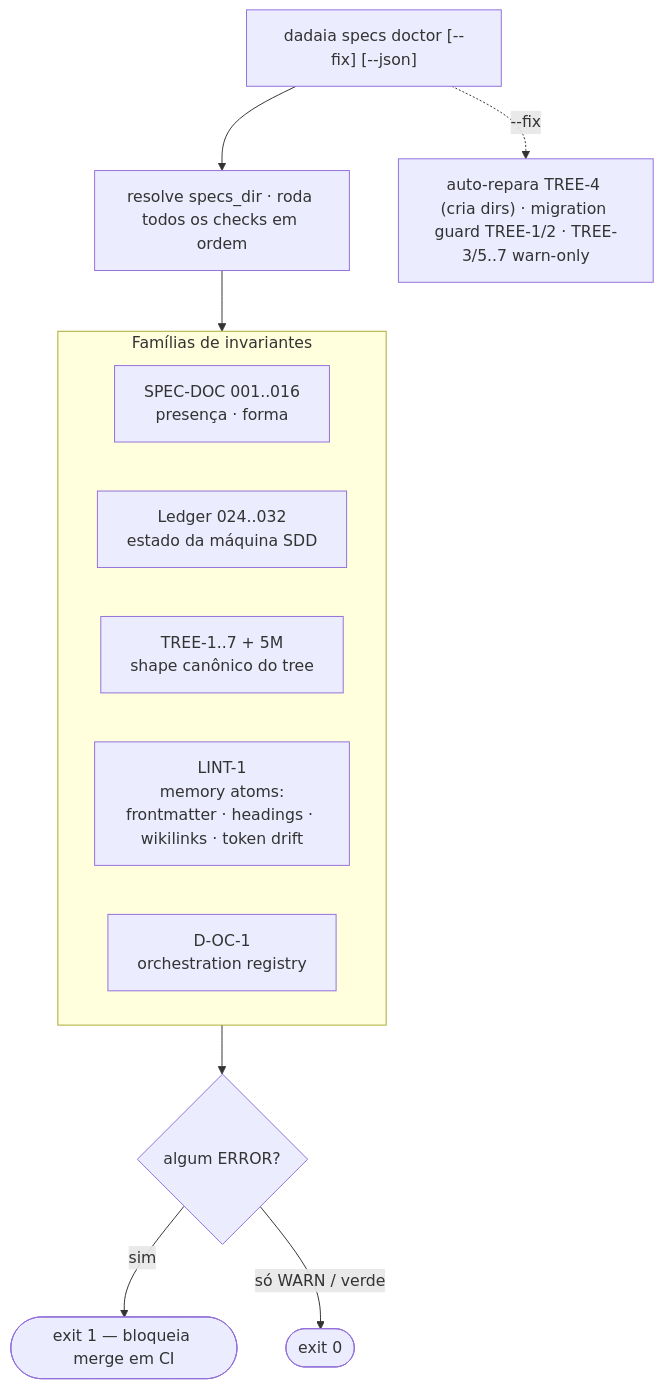
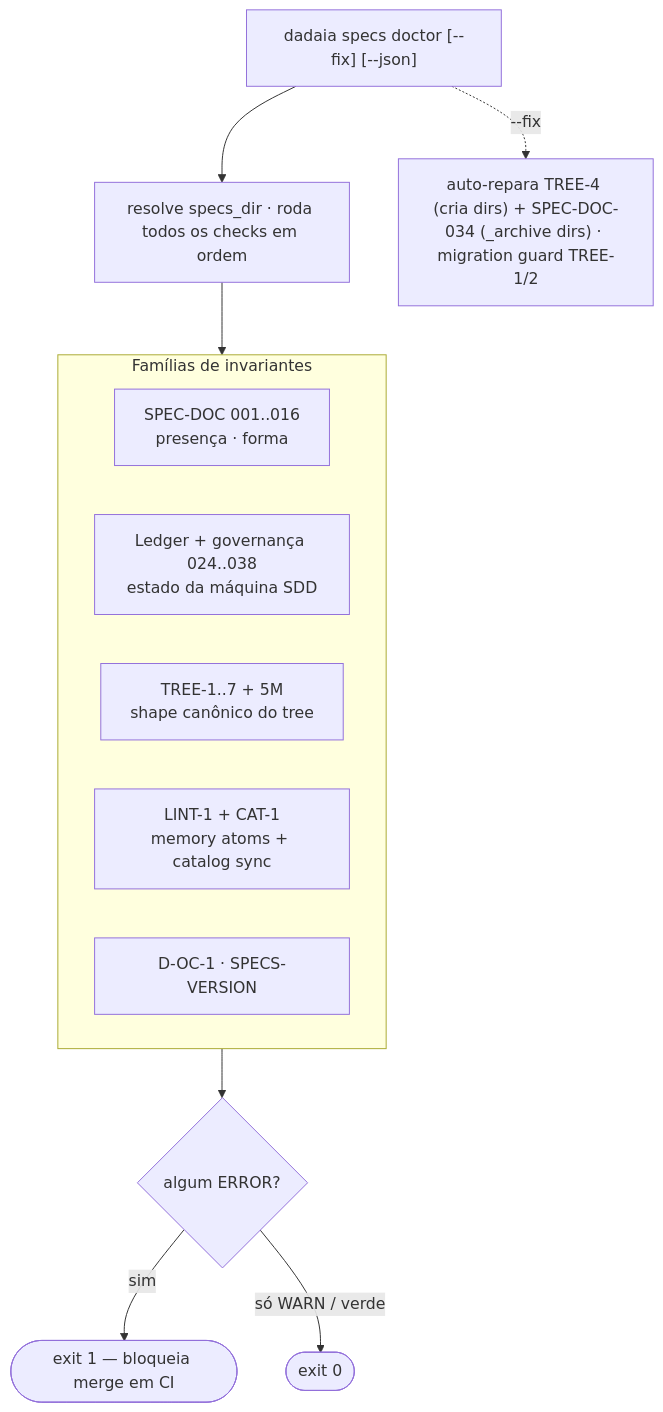
Before and after one commit to marcoaureliomenezes/dadaia-workspace: the diagram in specs/memory/product/sdd/specs-doctor.md, drawn with Mermaid. The commit also changed other lines of this file and 29 other files, not shown here.

````diff
--- a/specs/memory/product/sdd/specs-doctor.md
+++ b/specs/memory/product/sdd/specs-doctor.md
@@ -39,17 +39,17 @@
 ```mermaid
 flowchart TB
     CMD["dadaia specs doctor [--fix] [--json]"] --> RUN["resolve specs_dir · roda todos os checks em ordem"]
     RUN --> FAM
     subgraph FAM["Famílias de invariantes"]
         direction LR
         A["SPEC-DOC 001..016<br/>presença · forma"]
-        B["Ledger 024..032<br/>estado da máquina SDD"]
+        B["Ledger + governança 024..038<br/>estado da máquina SDD"]
         C["TREE-1..7 + 5M<br/>shape canônico do tree"]
-        D["LINT-1<br/>memory atoms:<br/>frontmatter · headings · wikilinks · token drift"]
-        E["D-OC-1<br/>orchestration registry"]
+        D["LINT-1 + CAT-1<br/>memory atoms + catalog sync"]
+        E["D-OC-1 · SPECS-VERSION"]
     end
     FAM --> VERD{"algum ERROR?"}
     VERD -->|sim| EX1(["exit 1 — bloqueia merge em CI"])
     VERD -->|"só WARN / verde"| EX0(["exit 0"])
-    CMD -.->|"--fix"| FIX["auto-repara TREE-4 (cria dirs) · migration guard TREE-1/2 · TREE-3/5..7 warn-only"]
+    CMD -.->|"--fix"| FIX["auto-repara TREE-4 (cria dirs) + SPEC-DOC-034 (_archive dirs) · migration guard TREE-1/2"]
 ```
````
